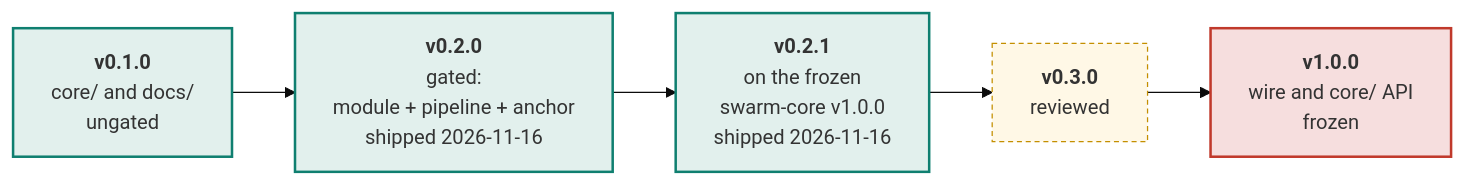
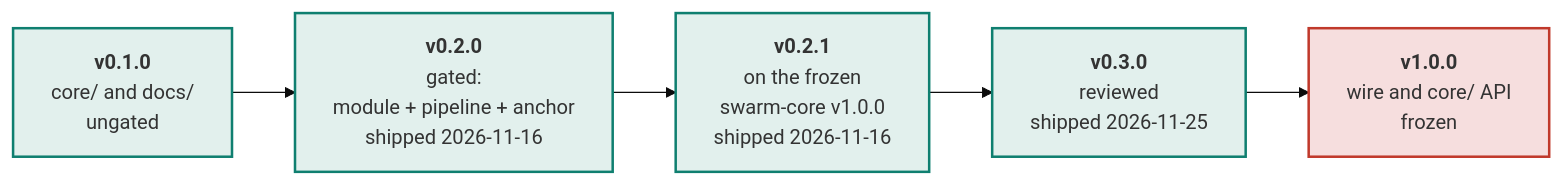
One commit to swarm-routing/BeeAdHoc changed the first of 2 diagrams in docs/roadmap.md. Above: the diagram before and after it, drawn with Mermaid (base theme). The commit also changed other lines of this file, not shown here.

First line of the commit message:
docs(roadmap): mark v0.3.0 shipped (#258)

````diff
--- a/docs/roadmap.md
+++ b/docs/roadmap.md
@@ -31,16 +31,16 @@
 ```mermaid
 flowchart LR
     V01["<b>v0.1.0</b><br/>core/ and docs/<br/>ungated"]
     V02["<b>v0.2.0</b><br/>gated:<br/>module + pipeline + anchor<br/>shipped 2026-11-16"]
     V021["<b>v0.2.1</b><br/>on the frozen<br/>swarm-core v1.0.0<br/>shipped 2026-11-16"]
-    V03["<b>v0.3.0</b><br/>reviewed"]
+    V03["<b>v0.3.0</b><br/>reviewed<br/>shipped 2026-11-25"]
     V10["<b>v1.0.0</b><br/>wire and core/ API<br/>frozen"]
 
     V01 --> V02 --> V021 --> V03 --> V10
 
     style V01 fill:#e2f0ed,stroke:#0f7f70,stroke-width:2px
     style V02 fill:#e2f0ed,stroke:#0f7f70,stroke-width:2px
     style V021 fill:#e2f0ed,stroke:#0f7f70,stroke-width:2px
-    style V03 fill:#fff8e6,stroke:#c48f00,stroke-dasharray:4 3
+    style V03 fill:#e2f0ed,stroke:#0f7f70,stroke-width:2px
     style V10 fill:#f6dede,stroke:#c0392b,stroke-width:2px
 ```
````
